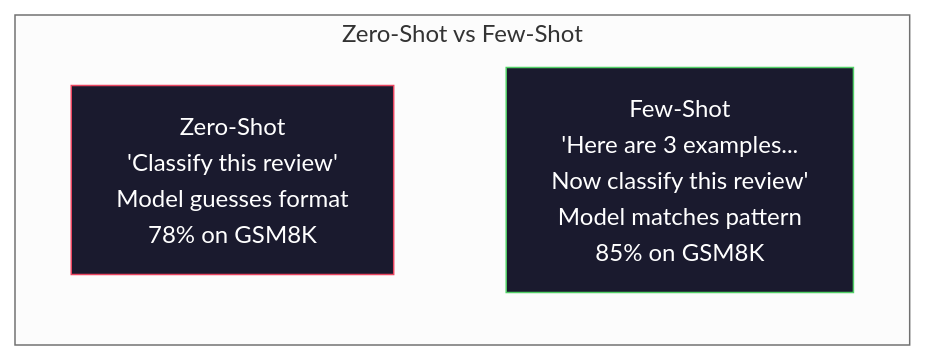
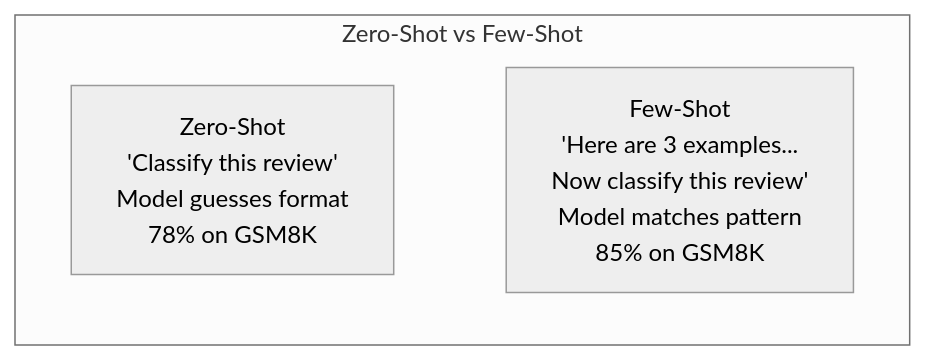
The first of 3 diagrams in phases/11-llm-engineering/02-few-shot-cot/docs/en.md (rohitg00/ai-engineering-from-scratch), drawn with Mermaid (neutral theme) before and after one commit. The commit also changed other lines of this file and 1935 other files, not shown here.

````diff
--- a/phases/11-llm-engineering/02-few-shot-cot/docs/en.md
+++ b/phases/11-llm-engineering/02-few-shot-cot/docs/en.md
@@ -37,13 +33,16 @@
 ```mermaid
 graph TD
     subgraph Comparison["Zero-Shot vs Few-Shot"]
         direction LR
-        Z["Zero-Shot\n'Classify this review'\nModel guesses format\n78% on GSM8K"]
-        F["Few-Shot\n'Here are 3 examples...\nNow classify this review'\nModel matches pattern\n85% on GSM8K"]
+        Z["Zero-Shot
+'Classify this review'
+Model guesses format
+78% on GSM8K"]
+        F["Few-Shot
+'Here are 3 examples...
+Now classify this review'
+Model matches pattern
+85% on GSM8K"]
     end
-
     Z ~~~ F
-
-    style Z fill:#1a1a2e,stroke:#e94560,color:#fff
-    style F fill:#1a1a2e,stroke:#51cf66,color:#fff
 ```
````
